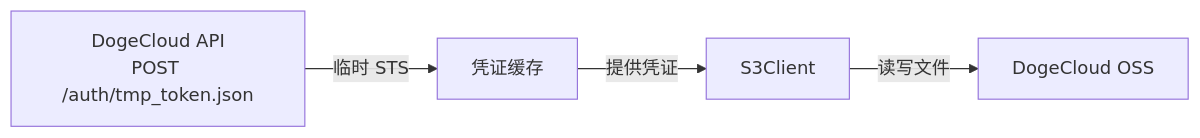
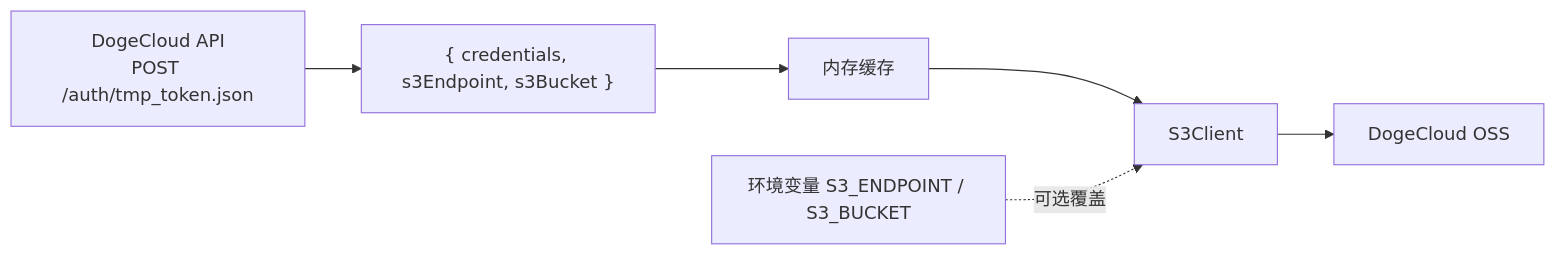
The diagram in README.md (inkOrCloud/lobehub-dogecloud-patch), drawn with Mermaid before and after one commit. The commit also changed other lines of this file and 2 other files, not shown here.

First line of the commit message:
feat: upgrade credential provider to return endpoint/bucket dynamically

````diff
--- a/README.md
+++ b/README.md
@@ -10,6 +10,9 @@
 ```mermaid
 flowchart LR
-    A[DogeCloud API<br/>POST /auth/tmp_token.json] -- 临时 STS --> B[凭证缓存]
-    B -- 提供凭证 --> C[S3Client]
-    C -- 读写文件 --> D[DogeCloud OSS]
+    A[DogeCloud API<br/>POST /auth/tmp_token.json]
+    A --> B["{ credentials, s3Endpoint, s3Bucket }"]
+    B --> C[内存缓存]
+    C --> D[S3Client]
+    D --> E[DogeCloud OSS]
+    F[环境变量 S3_ENDPOINT / S3_BUCKET] -. 可选覆盖 .-> D
 ```
````
